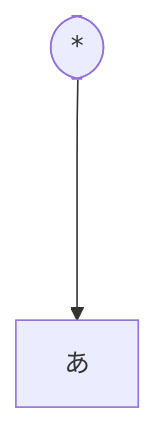
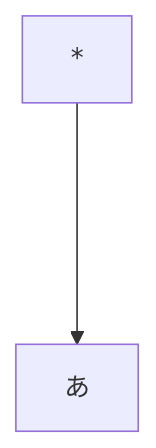
Before and after one commit to MathotaGamma/MathotaGamma.github.io: the diagram in document/math-expression-parser.md, drawn with Mermaid.

````diff
--- a/document/math-expression-parser.md
+++ b/document/math-expression-parser.md
@@ -316,5 +316,5 @@
 ```mermaid
 flowchart TD
-  A(["*"])
+  A["*"]
   A ----> B["あ"]
 ```
````
